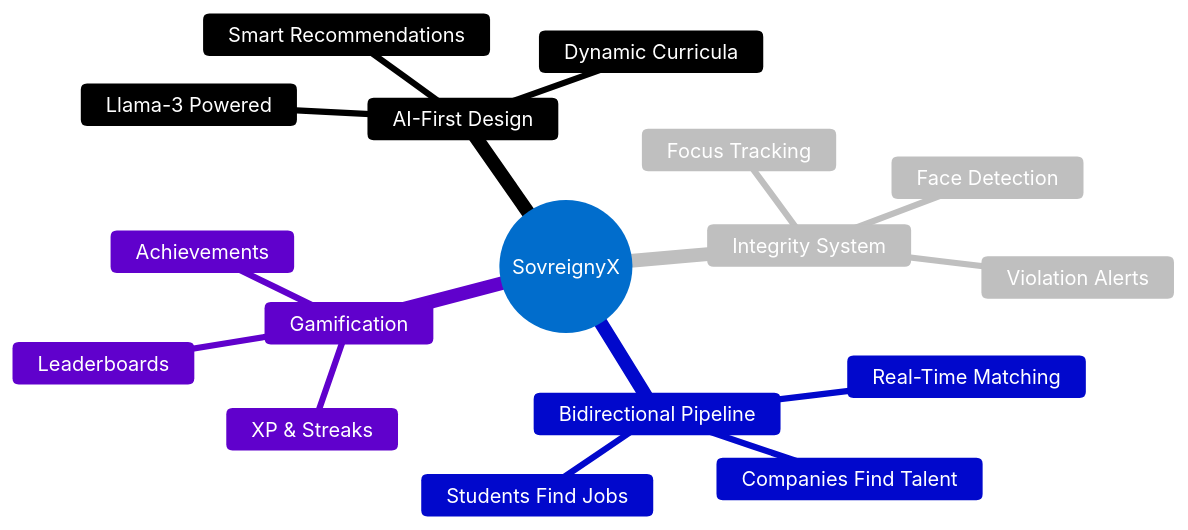
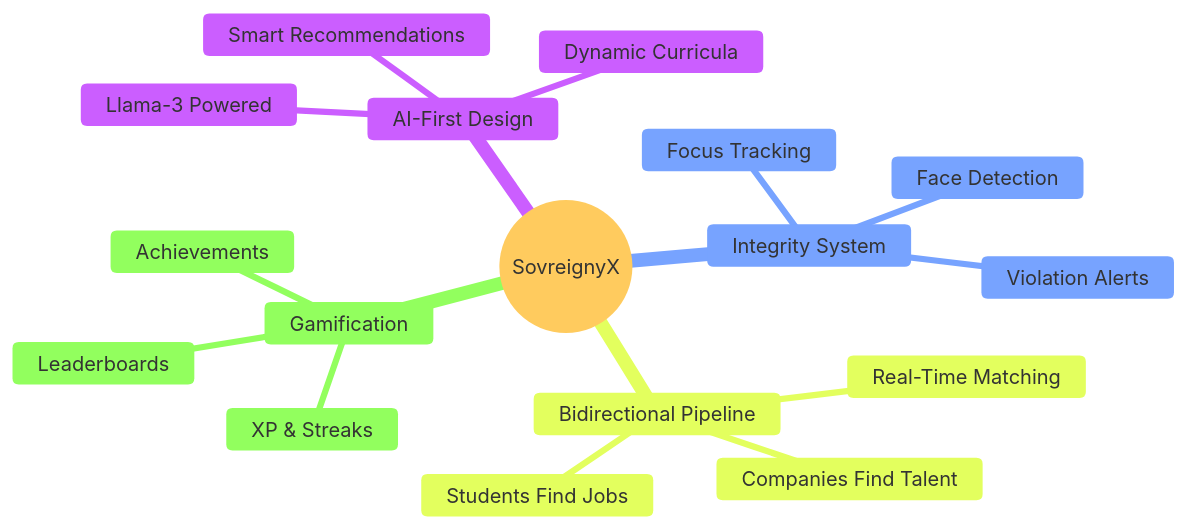
The first of 5 diagrams in README.md (dhanasai2/SovreignyX_Final), drawn with Mermaid before and after one commit.

````diff
--- a/README.md
+++ b/README.md
@@ -169,21 +169,23 @@
 ```mermaid
-%%{init: {'theme':'base', 'themeVariables': { 'primaryColor':'#4facfe','primaryTextColor':'#fff','primaryBorderColor':'#7C0200','lineColor':'#F8B229','secondaryColor':'#006100','tertiaryColor':'#fff'}}}%%
+%%{init: {'theme':'base', 'themeVariables': {'fontSize':'16px'}}}%%
 mindmap
   root((SovreignyX))
     AI-First Design
       Llama-3 Powered
       Dynamic Curricula
       Smart Recommendations
     Integrity System
       Face Detection
       Focus Tracking
       Violation Alerts
     Bidirectional Pipeline
       Students Find Jobs
       Companies Find Talent
       Real-Time Matching
     Gamification
       XP & Streaks
       Leaderboards
       Achievements
+
+%%{init: {'themeCSS': '.mindmap-node { color: white !important; } .mindmap-node text { fill: white !important; }'}}%%
 ```
````
